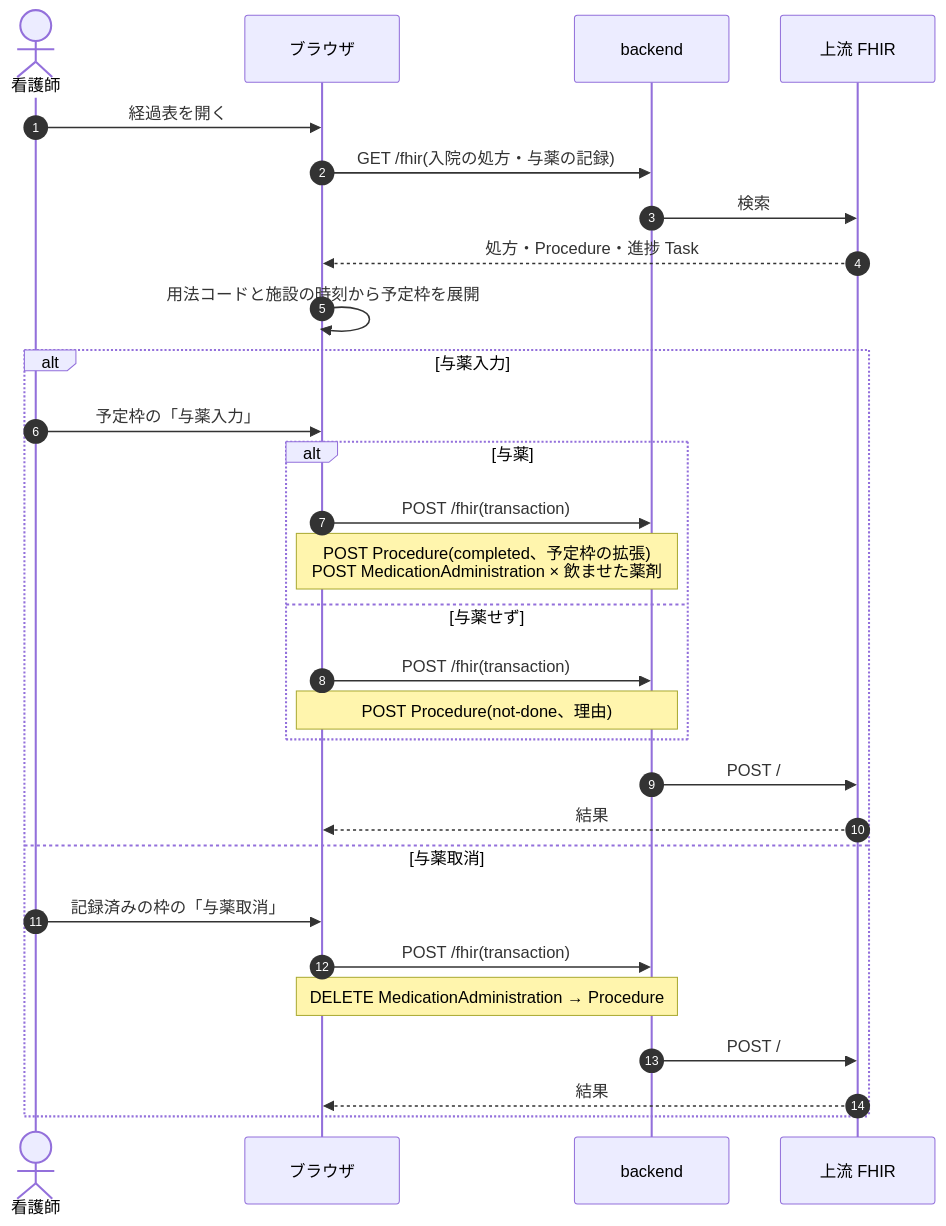
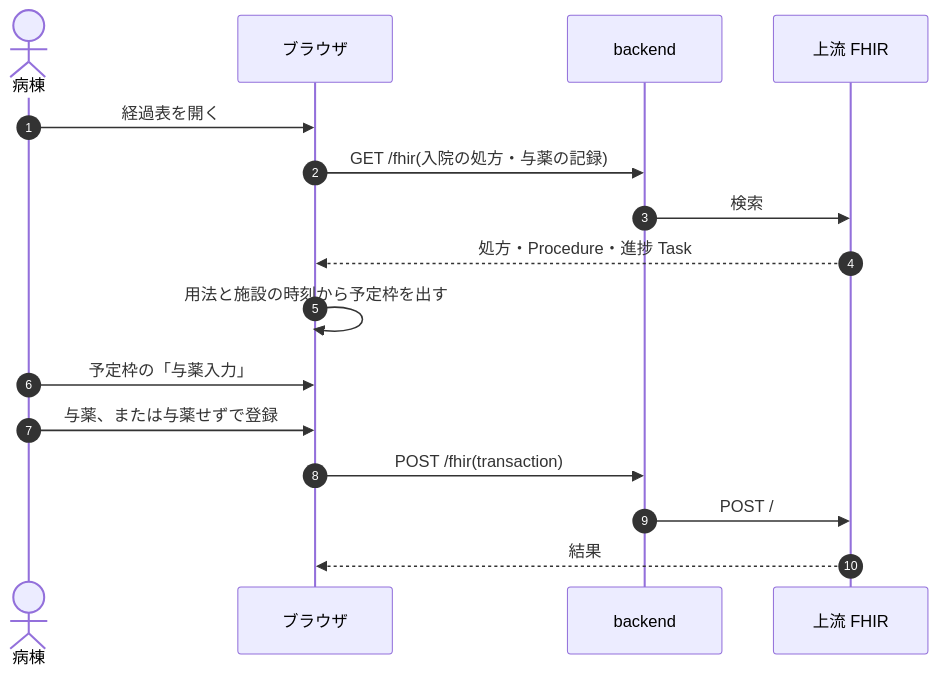
Diagram 11 of 12 in docs/dev/prescription.md (ysnr-dev/fhir-client-docs), drawn with Mermaid before and after one commit. The commit also changed other lines of this file and 43 other files, not shown here.

Commit message:
docs: 業務フローとシーケンス図を写し直し

````diff
--- a/docs/dev/prescription.md
+++ b/docs/dev/prescription.md
@@ -258,32 +400,19 @@
 ```mermaid
 sequenceDiagram
   autonumber
-  actor Ns as 看護師
+  actor Ns as 病棟
   participant UI as ブラウザ
   participant BE as backend
   participant FHIR as 上流 FHIR
 
   Ns->>UI: 経過表を開く
   UI->>BE: GET /fhir(入院の処方・与薬の記録)
   BE->>FHIR: 検索
   FHIR-->>UI: 処方・Procedure・進捗 Task
-  UI->>UI: 用法コードと施設の時刻から予定枠を展開
-  alt 与薬入力
-    Ns->>UI: 予定枠の「与薬入力」
-    alt 与薬
-      UI->>BE: POST /fhir(transaction)
-      Note over UI,BE: POST Procedure(completed、予定枠の拡張)<br/>POST MedicationAdministration × 飲ませた薬剤
-    else 与薬せず
-      UI->>BE: POST /fhir(transaction)
-      Note over UI,BE: POST Procedure(not-done、理由)
-    end
-    BE->>FHIR: POST /
-    FHIR-->>UI: 結果
-  else 与薬取消
-    Ns->>UI: 記録済みの枠の「与薬取消」
-    UI->>BE: POST /fhir(transaction)
-    Note over UI,BE: DELETE MedicationAdministration → Procedure
-    BE->>FHIR: POST /
-    FHIR-->>UI: 結果
-  end
+  UI->>UI: 用法と施設の時刻から予定枠を出す
+  Ns->>UI: 予定枠の「与薬入力」
+  Ns->>UI: 与薬、または与薬せずで登録
+  UI->>BE: POST /fhir(transaction)
+  BE->>FHIR: POST /
+  FHIR-->>UI: 結果
 ```
````
